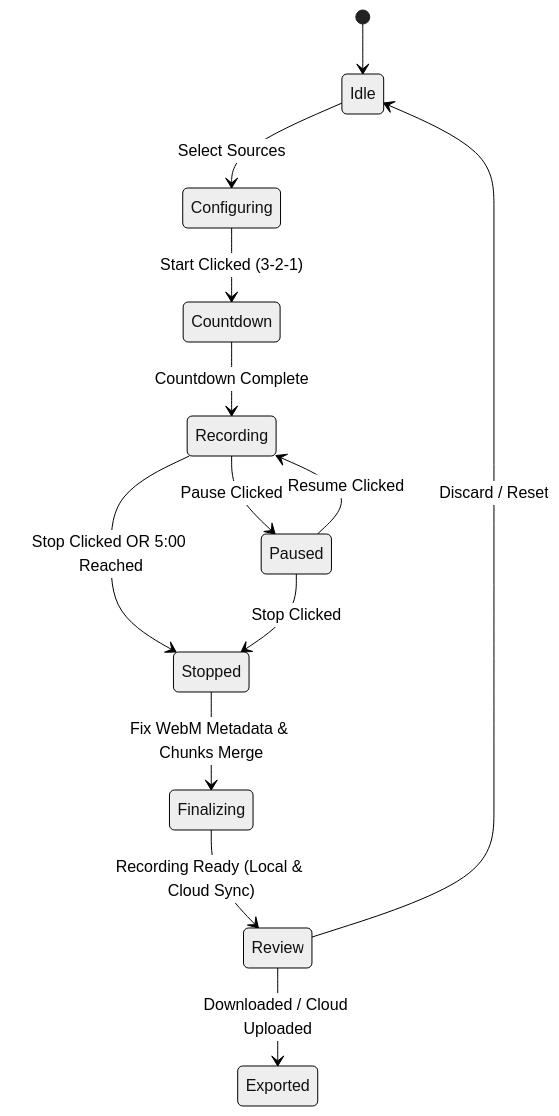
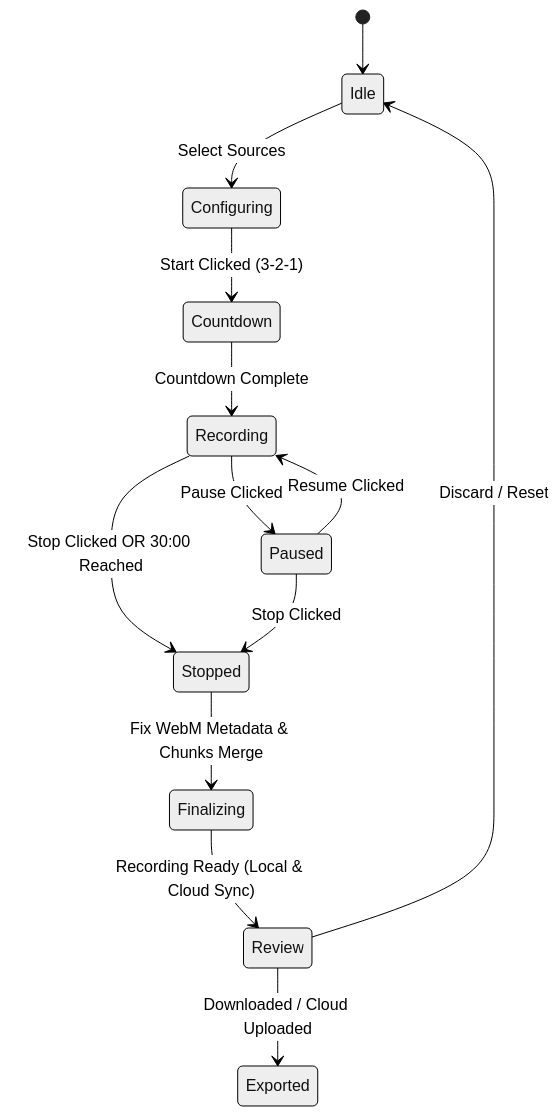
One commit to caoquanghung/recordweb changed the second of 2 diagrams in docs/system_architecture.md. Above: the diagram before and after it, drawn with Mermaid (neutral theme). The commit also changed other lines of this file and 14 other files, not shown here.

````diff
--- a/docs/system_architecture.md
+++ b/docs/system_architecture.md
@@ -146,15 +163,15 @@
 ```mermaid
 stateDiagram-v2
     [*] --> Idle
     Idle --> Configuring: Select Sources
     Configuring --> Countdown: Start Clicked (3-2-1)
     Countdown --> Recording: Countdown Complete
     Recording --> Paused: Pause Clicked
     Paused --> Recording: Resume Clicked
-    Recording --> Stopped: Stop Clicked OR 5:00 Reached
+    Recording --> Stopped: Stop Clicked OR 30:00 Reached
     Paused --> Stopped: Stop Clicked
     Stopped --> Finalizing: Fix WebM Metadata & Chunks Merge
     Finalizing --> Review: Recording Ready (Local & Cloud Sync)
     Review --> Idle: Discard / Reset
     Review --> Exported: Downloaded / Cloud Uploaded
 ```
````
